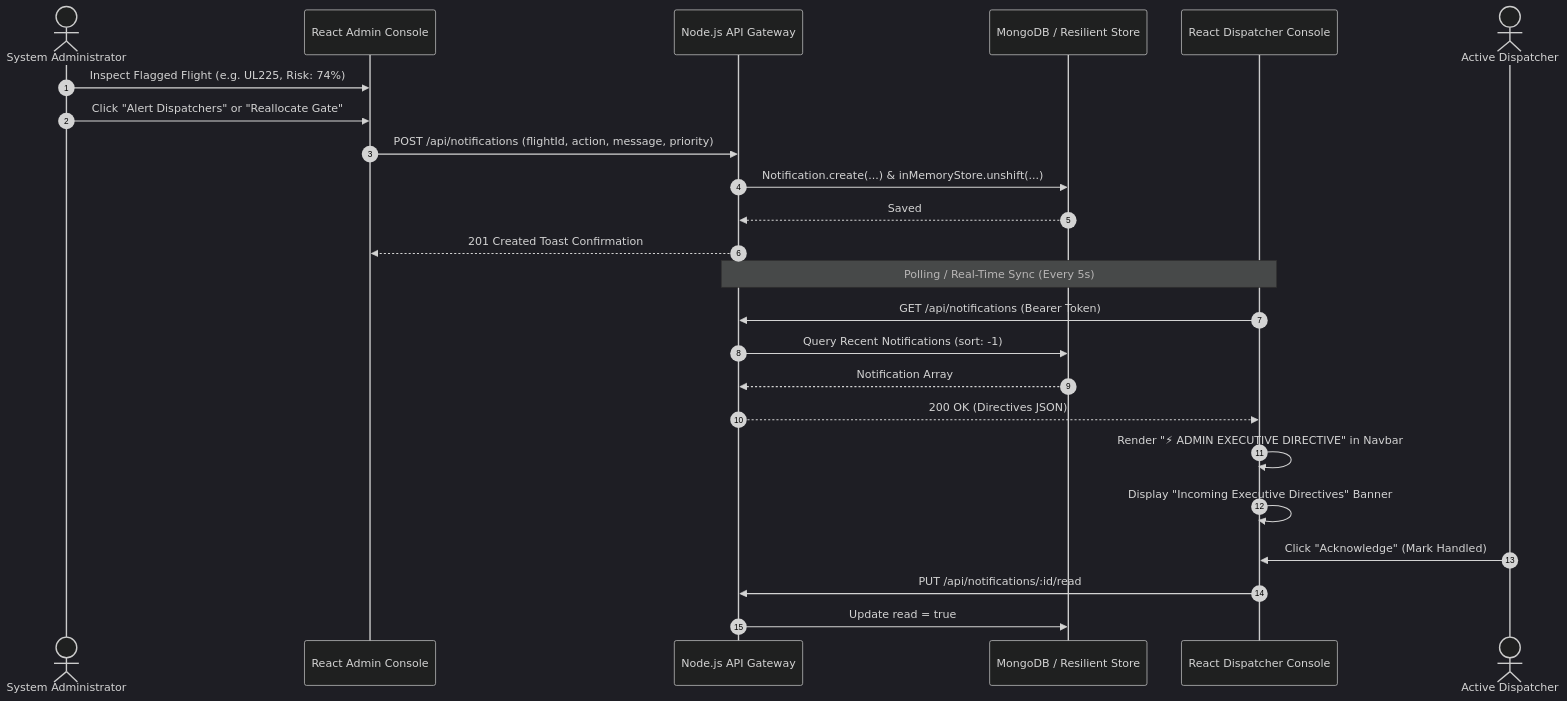
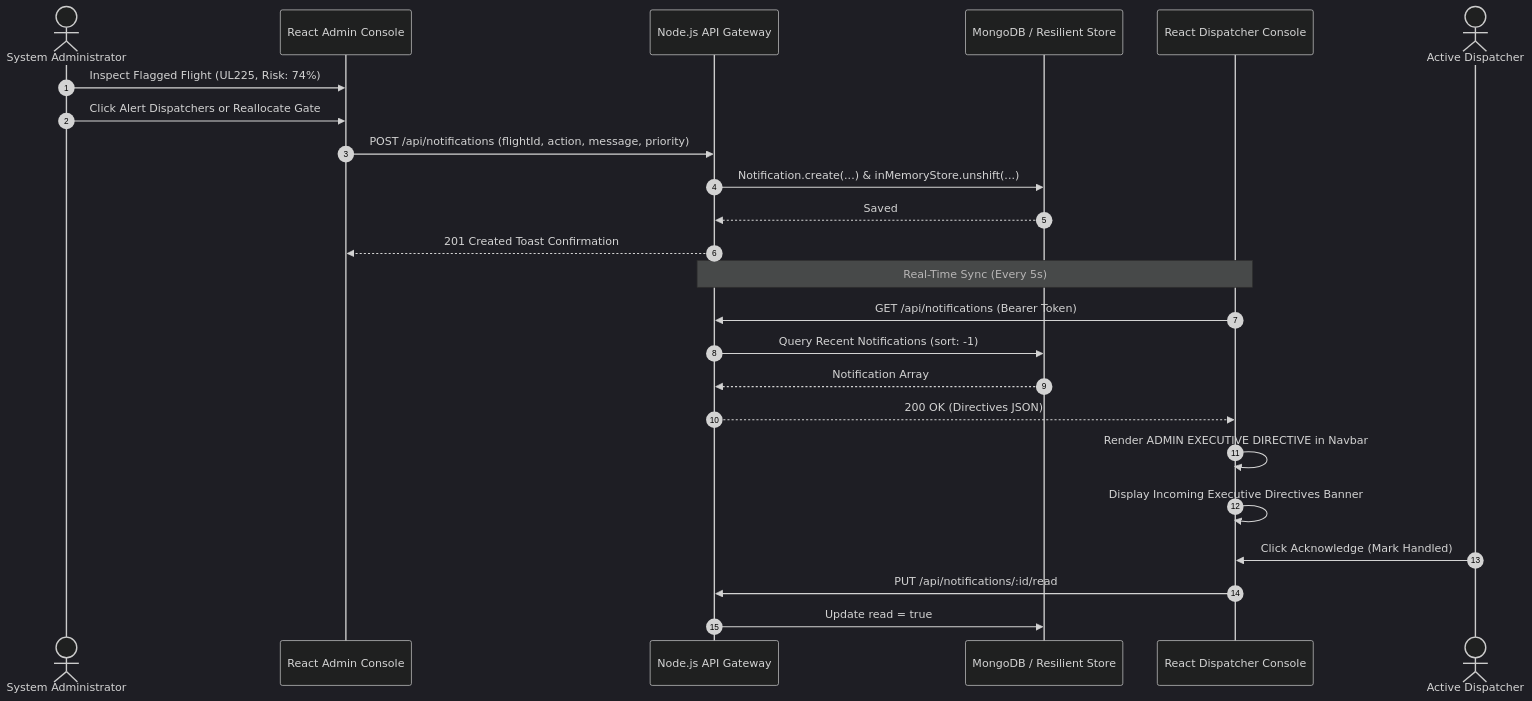
Before and after one commit to PansiluDev2005/flycast: the fifth of 7 diagrams in README.md, drawn with Mermaid (dark theme). The commit also changed other lines of this file, not shown here.

Commit message:
fix(docs): fix Mermaid diagram syntax errors for GitHub markdown parser

````diff
--- a/README.md
+++ b/README.md
@@ -260,28 +265,28 @@
 ```mermaid
 sequenceDiagram
     autonumber
     actor Admin as System Administrator
     participant AdminUI as React Admin Console
     participant Node as Node.js API Gateway
     participant DB as MongoDB / Resilient Store
     participant DispUI as React Dispatcher Console
     actor Dispatcher as Active Dispatcher
 
-    Admin->>AdminUI: Inspect Flagged Flight (e.g. UL225, Risk: 74%)
-    Admin->>AdminUI: Click "Alert Dispatchers" or "Reallocate Gate"
+    Admin->>AdminUI: Inspect Flagged Flight (UL225, Risk: 74%)
+    Admin->>AdminUI: Click Alert Dispatchers or Reallocate Gate
     AdminUI->>Node: POST /api/notifications (flightId, action, message, priority)
     Node->>DB: Notification.create(...) & inMemoryStore.unshift(...)
     DB-->>Node: Saved
     Node-->>AdminUI: 201 Created Toast Confirmation
 
-    Note over DispUI,Node: Polling / Real-Time Sync (Every 5s)
+    Note over DispUI,Node: Real-Time Sync (Every 5s)
     DispUI->>Node: GET /api/notifications (Bearer Token)
     Node->>DB: Query Recent Notifications (sort: -1)
     DB-->>Node: Notification Array
     Node-->>DispUI: 200 OK (Directives JSON)
-    DispUI->>DispUI: Render "⚡ ADMIN EXECUTIVE DIRECTIVE" in Navbar
-    DispUI->>DispUI: Display "Incoming Executive Directives" Banner
-    Dispatcher->>DispUI: Click "Acknowledge" (Mark Handled)
+    DispUI->>DispUI: Render ADMIN EXECUTIVE DIRECTIVE in Navbar
+    DispUI->>DispUI: Display Incoming Executive Directives Banner
+    Dispatcher->>DispUI: Click Acknowledge (Mark Handled)
     DispUI->>Node: PUT /api/notifications/:id/read
     Node->>DB: Update read = true
 ```
````
